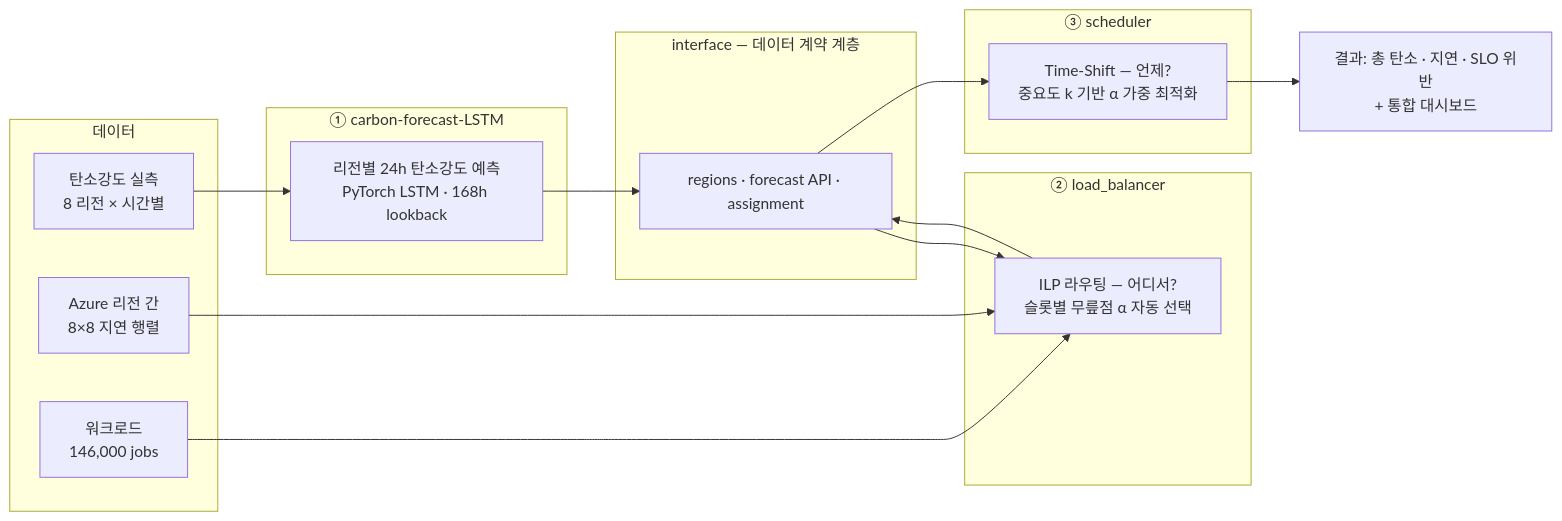
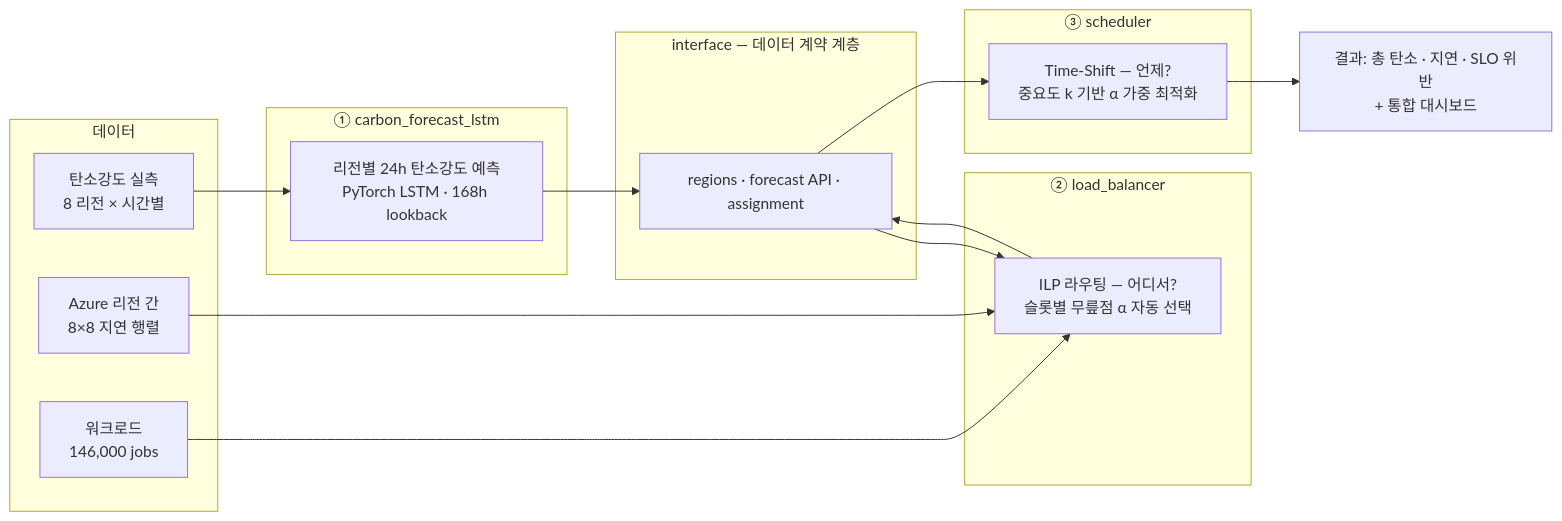
Before and after one commit to HyeonJeong-S/carbon-aware-scheduler: the diagram in README.md, drawn with Mermaid. The commit also changed other lines of this file and 193 other files, not shown here.

````diff
--- a/README.md
+++ b/README.md
@@ -75,30 +75,30 @@
 ```mermaid
 flowchart LR
     subgraph DATA["데이터"]
         A1["탄소강도 실측<br/>8 리전 × 시간별"]
         A2["워크로드<br/>146,000 jobs"]
         A3["Azure 리전 간<br/>8×8 지연 행렬"]
     end
 
-    subgraph F["① carbon-forecast-LSTM"]
+    subgraph F["① carbon_forecast_lstm"]
         B["리전별 24h 탄소강도 예측<br/>PyTorch LSTM · 168h lookback"]
     end
 
     subgraph L["② load_balancer"]
         C["ILP 라우팅 — 어디서?<br/>슬롯별 무릎점 α 자동 선택"]
     end
 
     subgraph S["③ scheduler"]
         D["Time-Shift — 언제?<br/>중요도 k 기반 α 가중 최적화"]
     end
 
     subgraph I["interface — 데이터 계약 계층"]
         E["regions · forecast API · assignment"]
     end
 
     A1 --> B --> E
     A2 --> C
     A3 --> C
     E --> C --> E --> D
     D --> R["결과: 총 탄소 · 지연 · SLO 위반<br/>+ 통합 대시보드"]
 ```
````
